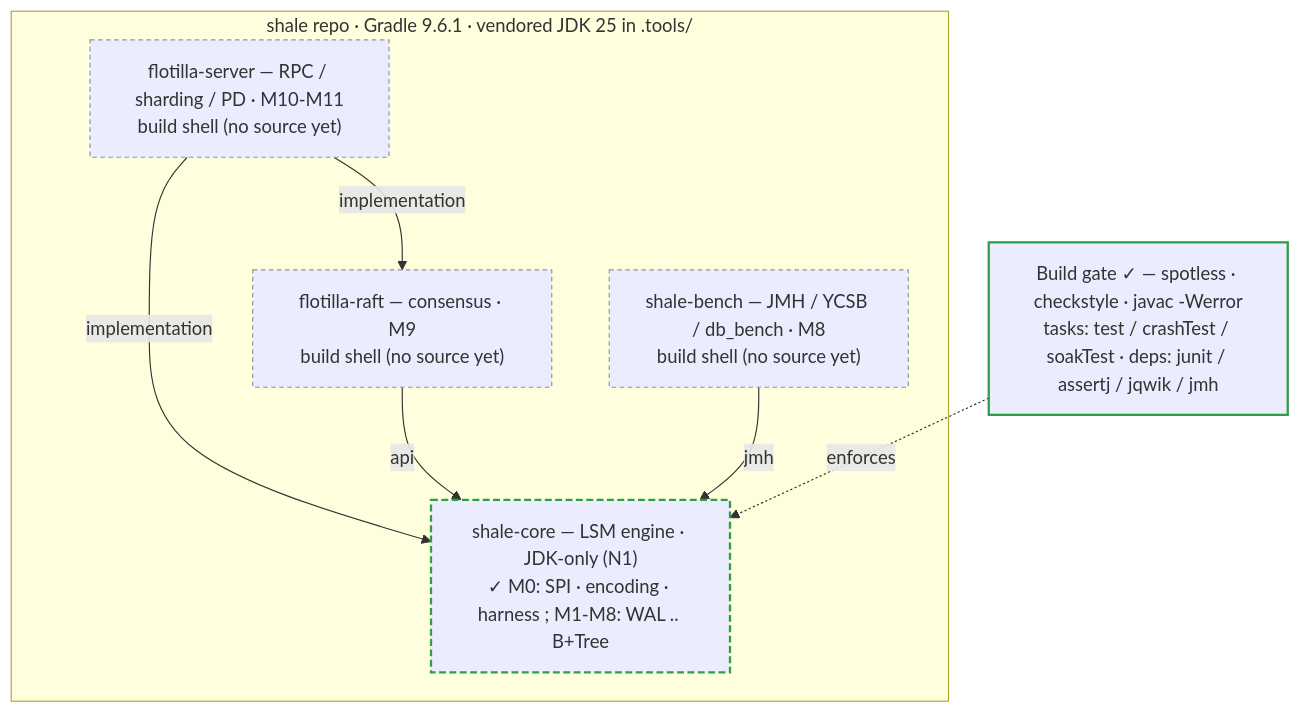
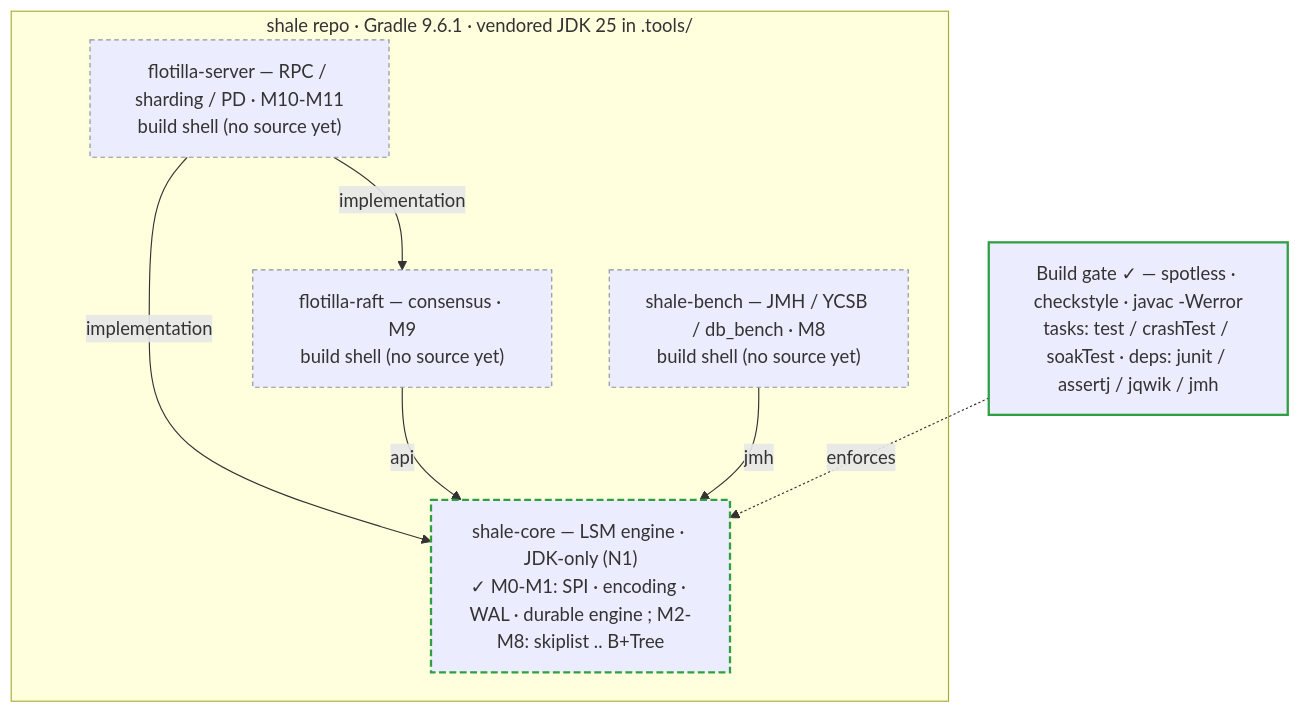
One commit to rahul-j0shi/shale changed the first of 6 diagrams in README.md. Above: the diagram before and after it, drawn with Mermaid. The commit also changed other lines of this file and 1 other file, not shown here.

First line of the commit message:
docs(docs): M1 release note and README status/diagram update

````diff
--- a/README.md
+++ b/README.md
@@ -66,19 +68,19 @@
 ```mermaid
 flowchart TB
   subgraph repo["shale repo · Gradle 9.6.1 · vendored JDK 25 in .tools/"]
-    core["shale-core — LSM engine · JDK-only (N1)<br/>✓ M0: SPI · encoding · harness ; M1-M8: WAL .. B+Tree"]:::part
+    core["shale-core — LSM engine · JDK-only (N1)<br/>✓ M0-M1: SPI · encoding · WAL · durable engine ; M2-M8: skiplist .. B+Tree"]:::part
     bench["shale-bench — JMH / YCSB / db_bench · M8<br/>build shell (no source yet)"]:::plan
     raft["flotilla-raft — consensus · M9<br/>build shell (no source yet)"]:::plan
     server["flotilla-server — RPC / sharding / PD · M10-M11<br/>build shell (no source yet)"]:::plan
   end
   server -->|implementation| raft
   server -->|implementation| core
   raft -->|api| core
   bench -->|jmh| core
   gate["Build gate ✓ — spotless · checkstyle · javac -Werror<br/>tasks: test / crashTest / soakTest · deps: junit / assertj / jqwik / jmh"]:::done
   gate -. enforces .-> core
 
   classDef done stroke:#2ea043,stroke-width:2px;
   classDef part stroke:#2ea043,stroke-width:2px,stroke-dasharray:6 3;
   classDef plan stroke:#8b949e,stroke-width:1px,stroke-dasharray:4 3;
 ```
````
